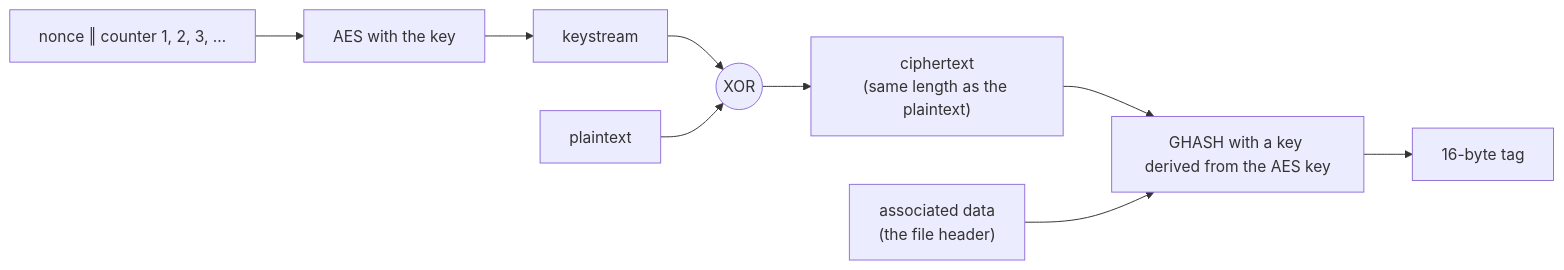
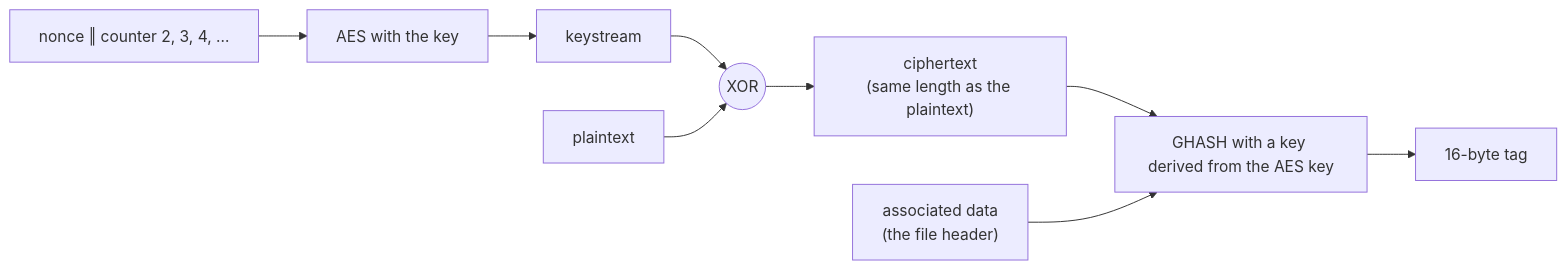
Before and after one commit to thomaswening/doubting-thomas: the diagram in topics/cryptography/aes-gcm.md, drawn with Mermaid. The commit also changed other lines of this file, not shown here.

Commit message:
docs(cryptography): explain xor, counter mode and the nonce-reuse algebra

````diff
--- a/topics/cryptography/aes-gcm.md
+++ b/topics/cryptography/aes-gcm.md
@@ -52,11 +89,11 @@
 ```mermaid
 flowchart LR
-    n["nonce ‖ counter 1, 2, 3, …"] --> aes["AES with the key"]
+    n["nonce ‖ counter 2, 3, 4, …"] --> aes["AES with the key"]
     aes --> ks["keystream"]
     ks --> x(("XOR"))
     p["plaintext"] --> x
     x --> c["ciphertext<br/>(same length as the plaintext)"]
     c --> gh["GHASH with a key derived from the AES key"]
     ad["associated data<br/>(the file header)"] --> gh
     gh --> tag["16-byte tag"]
 ```
````
